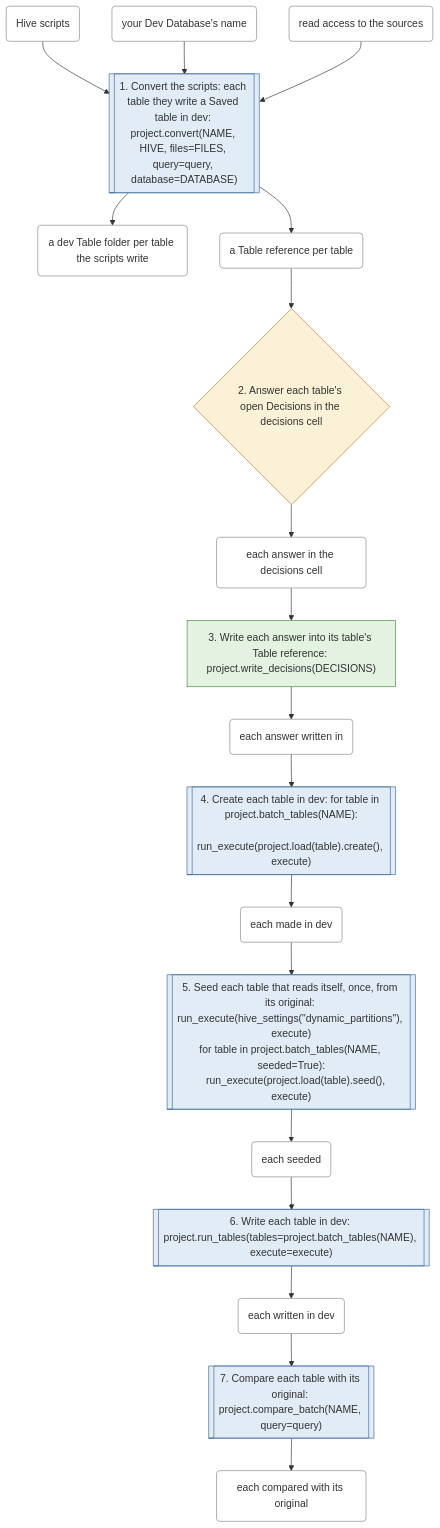
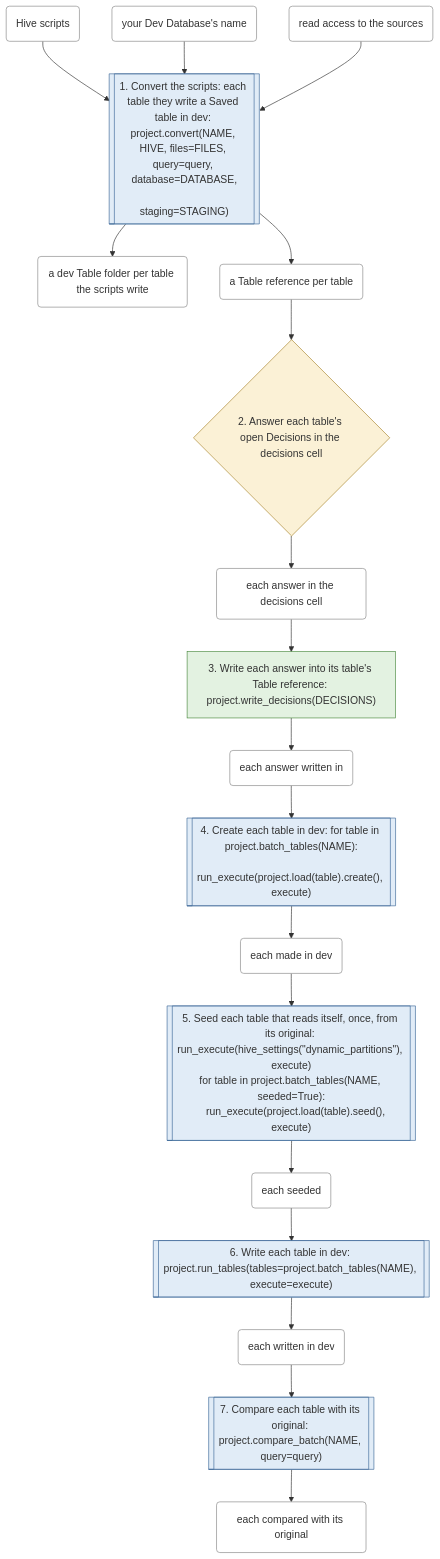
Before and after one commit to EdgyPage/SQL-Composer: the first of 6 diagrams in docs/workflows.md, drawn with Mermaid. The commit also changed 35 other files, not shown here.

````diff
--- a/docs/workflows.md
+++ b/docs/workflows.md
@@ -23,45 +23,46 @@
 ```mermaid
 flowchart TD
-    s0[["1. Convert the scripts: each table they write a Saved table in dev: project.convert(NAME, HIVE, files=FILES, query=query, database=DATABASE)"]]:::warehouse_call
+    s0[["1. Convert the scripts: each table they write a Saved table in dev: project.convert(NAME, HIVE, files=FILES, query=query, database=DATABASE,
+                staging=STAGING)"]]:::warehouse_call
     s1{"2. Answer each table's open Decisions in the decisions cell"}:::your_decision
     s2["3. Write each answer into its table's Table reference: project.write_decisions(DECISIONS)"]:::files_only
     s3[["4. Create each table in dev: for table in project.batch_tables(NAME):
     run_execute(project.load(table).create(), execute)"]]:::warehouse_call
     s4[["5. Seed each table that reads itself, once, from its original: run_execute(hive_settings(#quot;dynamic_partitions#quot;), execute)
 for table in project.batch_tables(NAME, seeded=True):
     run_execute(project.load(table).seed(), execute)"]]:::warehouse_call
     s5[["6. Write each table in dev: project.run_tables(tables=project.batch_tables(NAME), execute=execute)"]]:::warehouse_call
     s6[["7. Compare each table with its original: project.compare_batch(NAME, query=query)"]]:::warehouse_call
     t0("Hive scripts"):::thing
     t1("your Dev Database's name"):::thing
     t2("read access to the sources"):::thing
     t3("a dev Table folder per table the scripts write"):::thing
     t4("a Table reference per table"):::thing
     t5("each answer in the decisions cell"):::thing
     t6("each answer written in"):::thing
     t7("each made in dev"):::thing
     t8("each seeded"):::thing
     t9("each written in dev"):::thing
     t10("each compared with its original"):::thing
     t0 --> s0
     t1 --> s0
     t2 --> s0
     s0 --> t3
     s0 --> t4
     t4 --> s1
     s1 --> t5
     t5 --> s2
     s2 --> t6
     t6 --> s3
     s3 --> t7
     t7 --> s4
     s4 --> t8
     t8 --> s5
     s5 --> t9
     t9 --> s6
     s6 --> t10
     classDef files_only fill:#e3f2e1,stroke:#4a8a3f
     classDef warehouse_call fill:#e1ecf7,stroke:#3f6a9a
     classDef your_decision fill:#fbf1d6,stroke:#a8842a
     classDef thing fill:#ffffff,stroke:#888888
 ```
````
